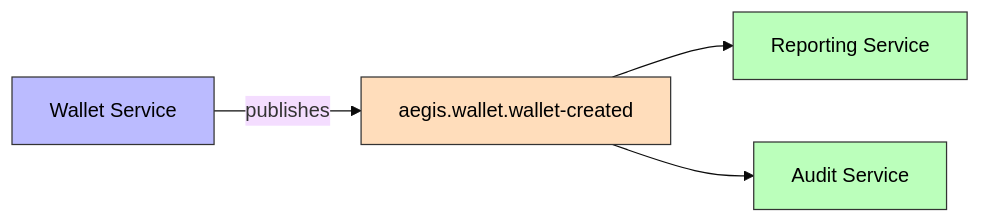
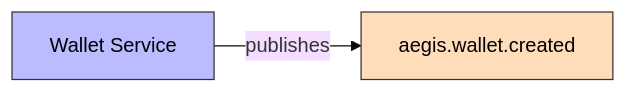
The first of 2 diagrams in docs/obsidian/03 - Domain Events/WalletCreated.md (AlexAlvarezGallardo-GitHub/Aegis), drawn with Mermaid (base theme) before and after one commit. The commit also changed other lines of this file and 87 other files, not shown here.

````diff
--- a/docs/obsidian/03 - Domain Events/WalletCreated.md
+++ b/docs/obsidian/03 - Domain Events/WalletCreated.md
@@ -14,10 +14,6 @@
 ```mermaid
 graph LR
-    Wallet[Wallet Service] -->|publishes| Topic[aegis.wallet.wallet-created]
-    Topic --> Report[Reporting Service]
-    Topic --> Audit[Audit Service]
+    Wallet[Wallet Service] -->|publishes| Topic[aegis.wallet.created]
     style Wallet fill:#bbf,stroke:#333,color:#000
     style Topic fill:#fdb,stroke:#333,color:#000
-    style Report fill:#bfb,stroke:#333,color:#000
-    style Audit fill:#bfb,stroke:#333,color:#000
 ```
````
